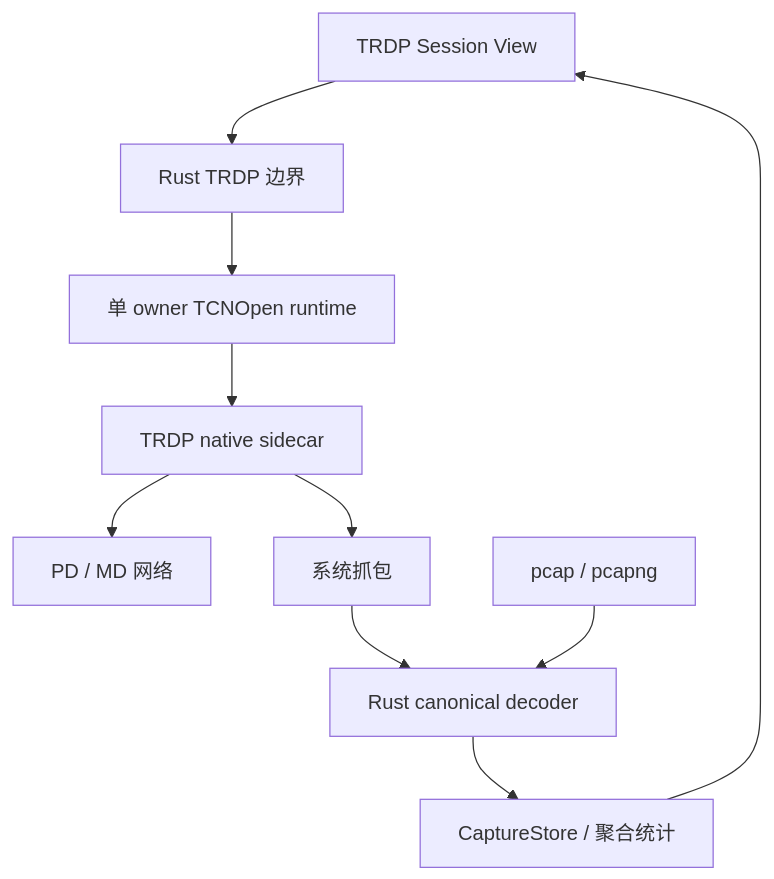
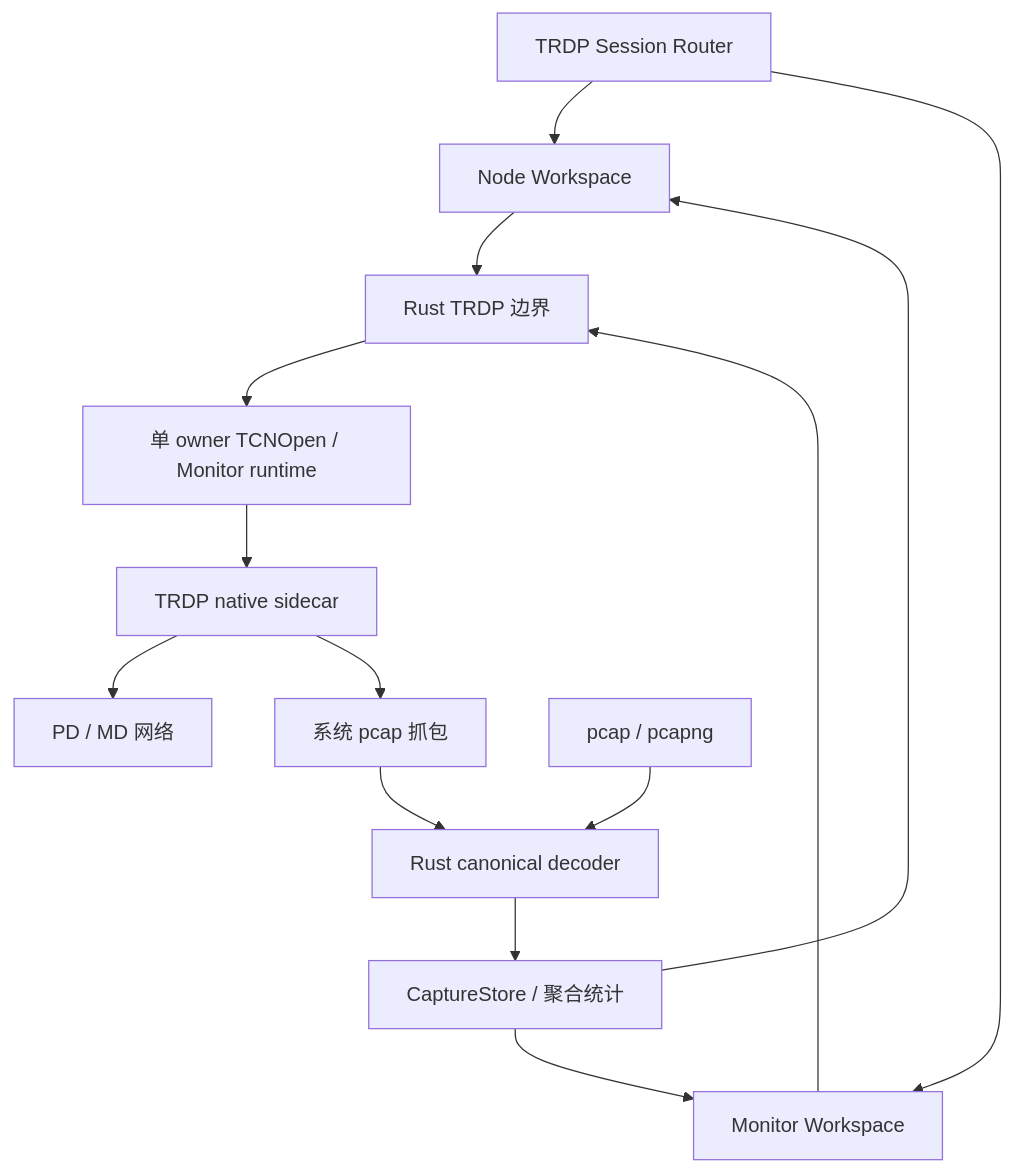
Before and after one commit to hamburger-os/TauTerm: the diagram in docs/modules/TRDP.md, drawn with Mermaid. The commit also changed other lines of this file and 9 other files, not shown here.

First line of the commit message:
fix: separate TRDP Monitor passive workspace (#162)

````diff
--- a/docs/modules/TRDP.md
+++ b/docs/modules/TRDP.md
@@ -31,12 +39,16 @@
 ```mermaid
 flowchart TB
-  UI["TRDP Session View"] --> Rust["Rust TRDP 边界"]
-  Rust --> Runtime["单 owner TCNOpen runtime"]
+  UI["TRDP Session Router"] --> NodeUI["Node Workspace"]
+  UI --> MonitorUI["Monitor Workspace"]
+  NodeUI --> Rust["Rust TRDP 边界"]
+  MonitorUI --> Rust
+  Rust --> Runtime["单 owner TCNOpen / Monitor runtime"]
   Runtime --> Sidecar["TRDP native sidecar"]
   Sidecar --> Network["PD / MD 网络"]
-  Sidecar --> Capture["系统抓包"]
+  Sidecar --> Capture["系统 pcap 抓包"]
   Capture --> Decoder["Rust canonical decoder"]
   Offline["pcap / pcapng"] --> Decoder
   Decoder --> Store["CaptureStore / 聚合统计"]
-  Store --> UI
+  Store --> MonitorUI
+  Store --> NodeUI
 ```
````
